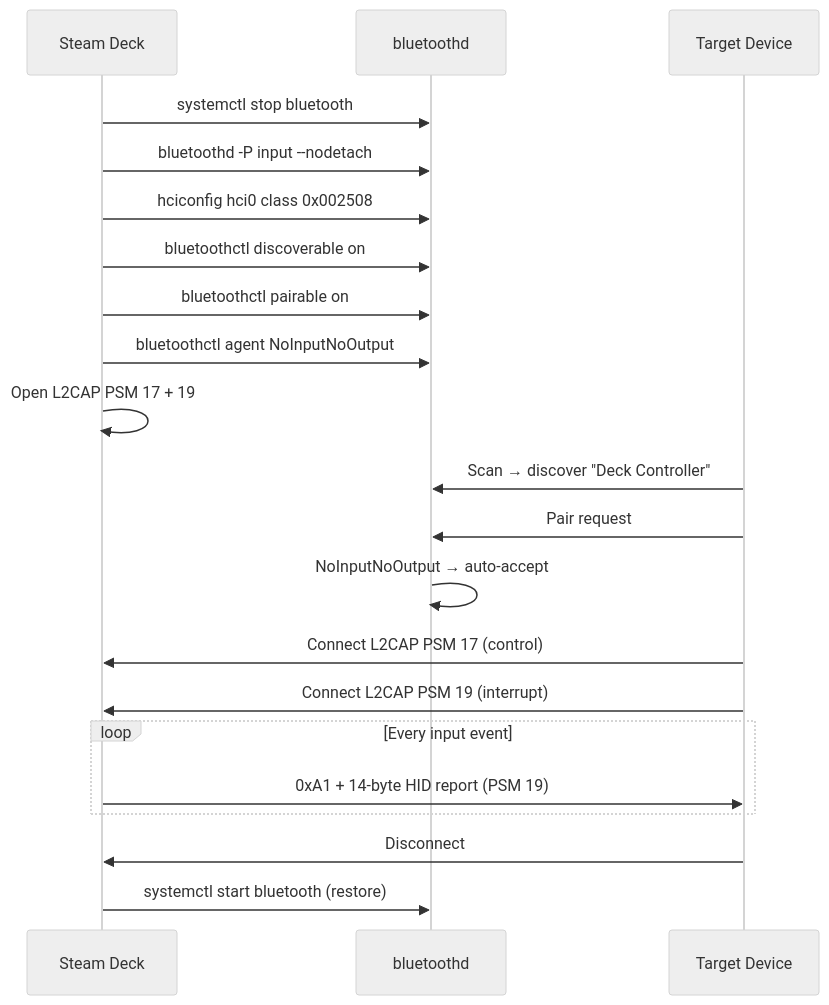
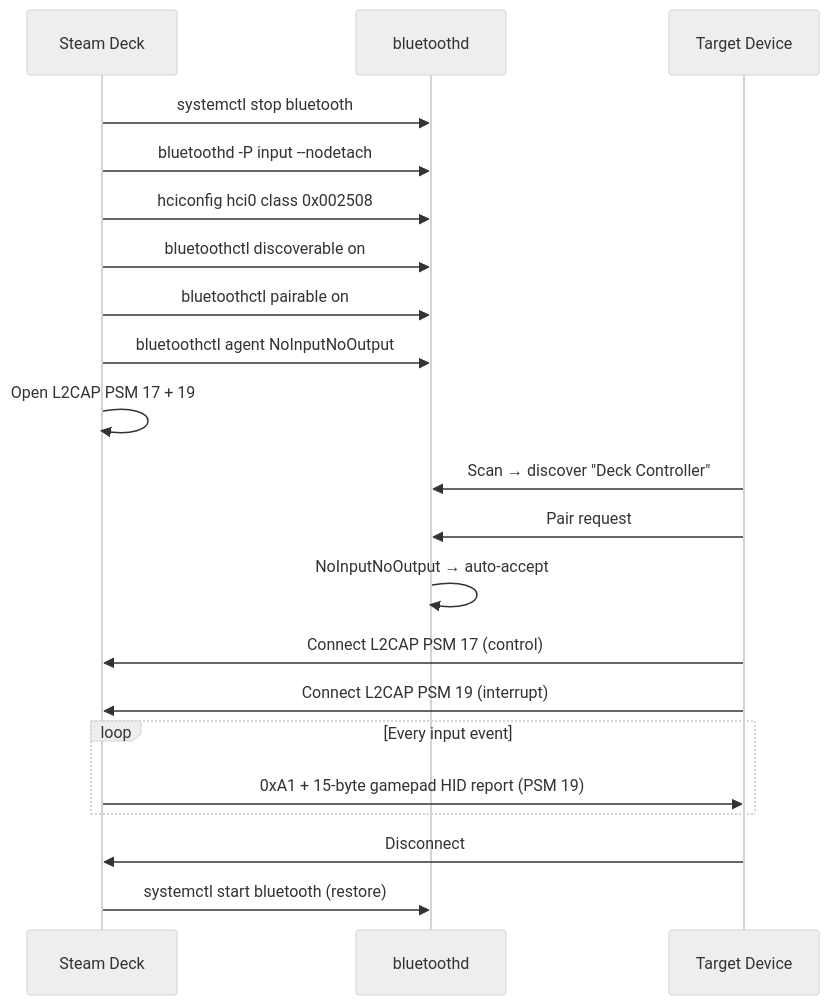
The diagram in docs/BLUETOOTH.md (daiedy/deck-controller), drawn with Mermaid (neutral theme) before and after one commit. The commit also changed other lines of this file and 5 other files, not shown here.

````diff
--- a/docs/BLUETOOTH.md
+++ b/docs/BLUETOOTH.md
@@ -188,27 +188,27 @@
 ```mermaid
 sequenceDiagram
     participant SD as Steam Deck
     participant BZ as bluetoothd
     participant TD as Target Device
 
     SD->>BZ: systemctl stop bluetooth
     SD->>BZ: bluetoothd -P input --nodetach
     SD->>BZ: hciconfig hci0 class 0x002508
     SD->>BZ: bluetoothctl discoverable on
     SD->>BZ: bluetoothctl pairable on
     SD->>BZ: bluetoothctl agent NoInputNoOutput
     SD->>SD: Open L2CAP PSM 17 + 19
 
     TD->>BZ: Scan → discover "Deck Controller"
     TD->>BZ: Pair request
     BZ->>BZ: NoInputNoOutput → auto-accept
     TD->>SD: Connect L2CAP PSM 17 (control)
     TD->>SD: Connect L2CAP PSM 19 (interrupt)
 
     loop Every input event
-        SD->>TD: 0xA1 + 14-byte HID report (PSM 19)
+        SD->>TD: 0xA1 + 15-byte gamepad HID report (PSM 19)
     end
 
     TD->>SD: Disconnect
     SD->>BZ: systemctl start bluetooth (restore)
 ```
````
